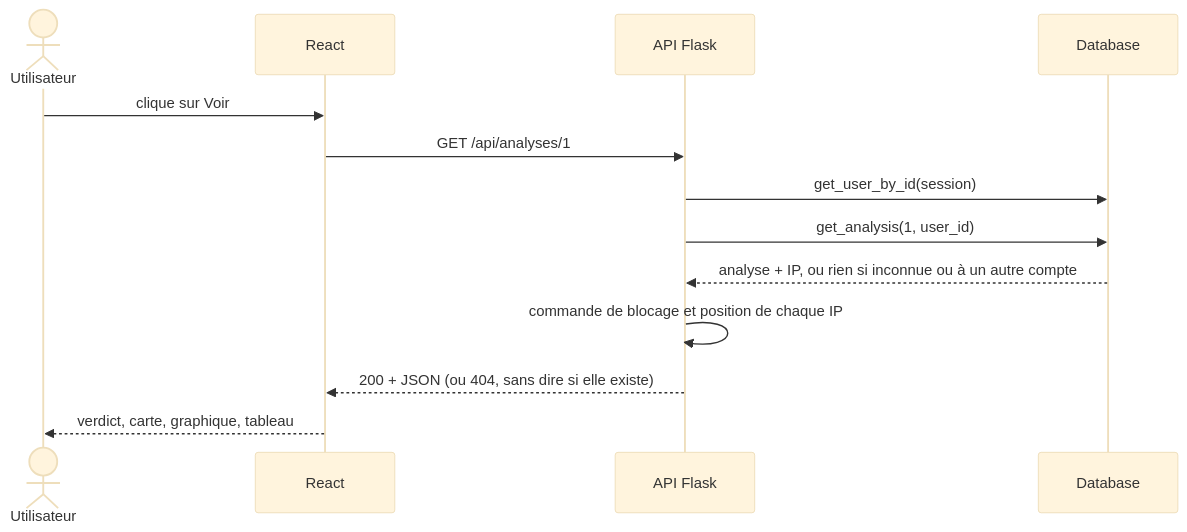
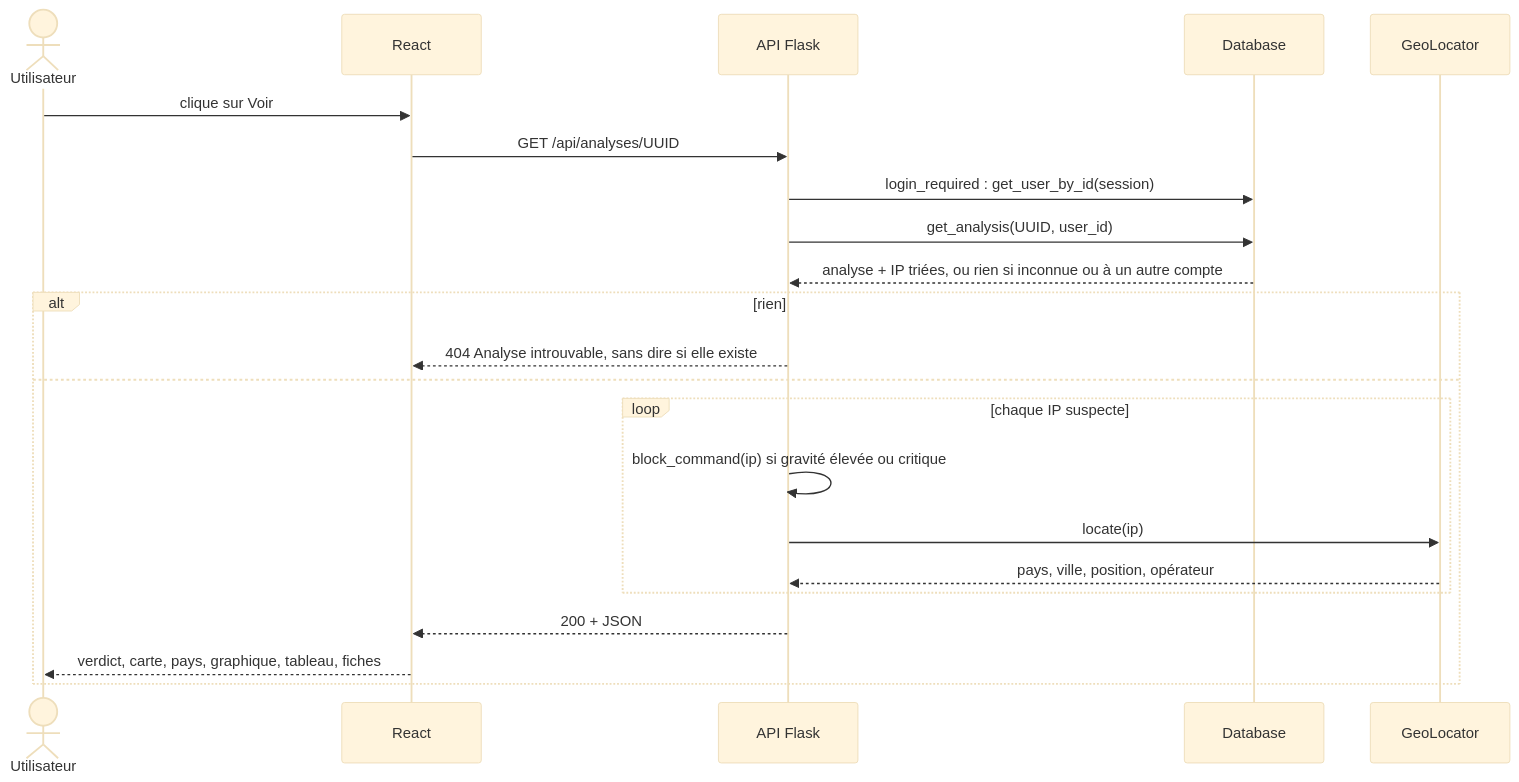
The seventh of 11 diagrams in docs/diagrammes.md (anil-akr/sentinelssh), drawn with Mermaid (base theme) before and after one commit. The commit also changed other lines of this file and 17 other files, not shown here.

Commit message:
docs: refresh README, API reference, diagrams, decisions and test report

````diff
--- a/docs/diagrammes.md
+++ b/docs/diagrammes.md
@@ -221,16 +300,25 @@
 ```mermaid
 sequenceDiagram
     actor U as Utilisateur
     participant R as React
     participant A as API Flask
     participant D as Database
+    participant G as GeoLocator
 
     U->>R: clique sur Voir
-    R->>A: GET /api/analyses/1
-    A->>D: get_user_by_id(session)
-    A->>D: get_analysis(1, user_id)
-    D-->>A: analyse + IP, ou rien si inconnue ou à un autre compte
-    A->>A: commande de blocage et position de chaque IP
-    A-->>R: 200 + JSON (ou 404, sans dire si elle existe)
-    R-->>U: verdict, carte, graphique, tableau
+    R->>A: GET /api/analyses/UUID
+    A->>D: login_required : get_user_by_id(session)
+    A->>D: get_analysis(UUID, user_id)
+    D-->>A: analyse + IP triées, ou rien si inconnue ou à un autre compte
+    alt rien
+        A-->>R: 404 Analyse introuvable, sans dire si elle existe
+    else
+        loop chaque IP suspecte
+            A->>A: block_command(ip) si gravité élevée ou critique
+            A->>G: locate(ip)
+            G-->>A: pays, ville, position, opérateur
+        end
+        A-->>R: 200 + JSON
+        R-->>U: verdict, carte, pays, graphique, tableau, fiches
+    end
 ```
````
